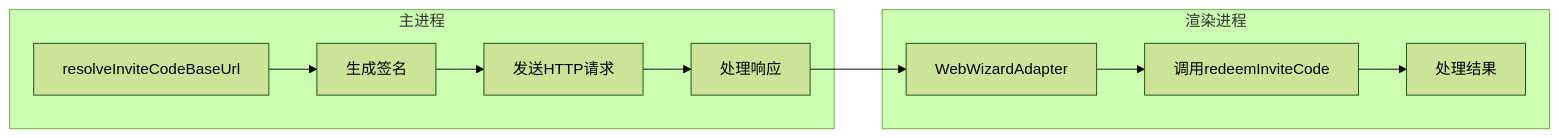
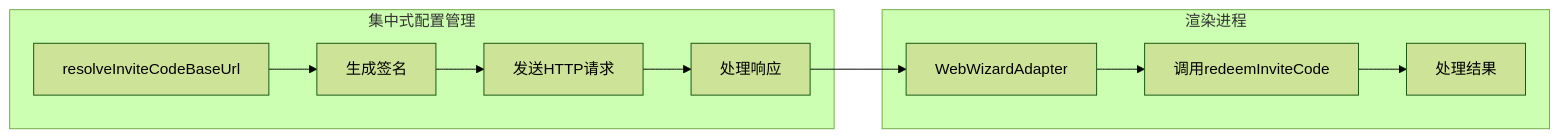
The eighth of 10 diagrams in .qoder/repowiki/zh/content/核心概念/邀请码系统.md (verse-ai-org/openclaw), drawn with Mermaid (forest theme) before and after one commit. The commit also changed other lines of this file and 50 other files, not shown here.

````diff
--- a/.qoder/repowiki/zh/content/核心概念/邀请码系统.md
+++ b/.qoder/repowiki/zh/content/核心概念/邀请码系统.md
@@ -244,13 +339,13 @@
 ```mermaid
 graph LR
-subgraph "主进程"
+subgraph "集中式配置管理"
 A[resolveInviteCodeBaseUrl] --> B[生成签名]
 B --> C[发送HTTP请求]
 C --> D[处理响应]
 end
 subgraph "渲染进程"
 E[WebWizardAdapter] --> F[调用redeemInviteCode]
 F --> G[处理结果]
 end
 D --> E
 ```
````
